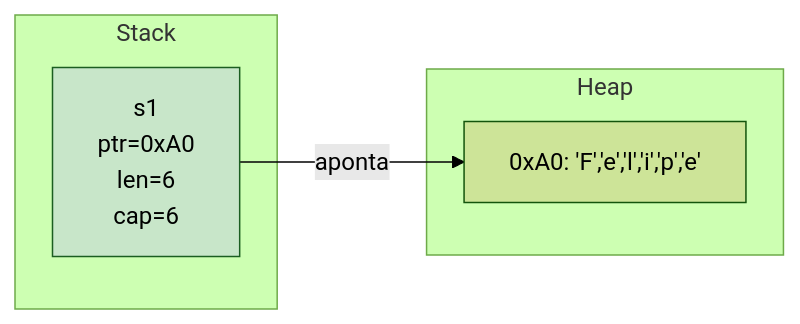
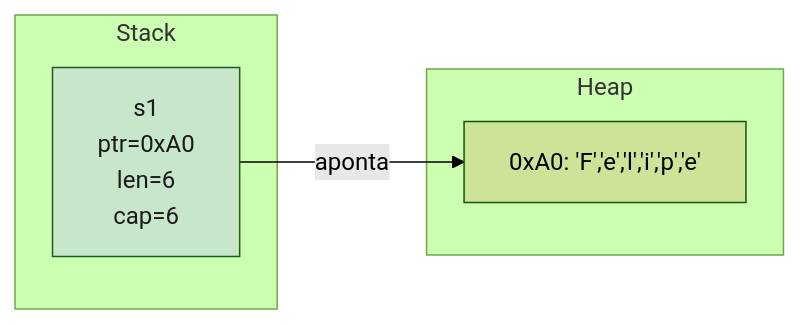
Before and after one commit to Felipeness/ferro-e-espirito: the fourth of 7 diagrams in book/part-04-ownership/ch10-ownership-regras.md, drawn with Mermaid (forest theme). The commit also changed other lines of this file and 56 other files, not shown here.

First line of the commit message:
fix: contraste de texto em diagramas mermaid

````diff
--- a/book/part-04-ownership/ch10-ownership-regras.md
+++ b/book/part-04-ownership/ch10-ownership-regras.md
@@ -393,12 +393,12 @@
 ```mermaid
 graph LR
     subgraph StackA[Stack]
         s1A["s1<br/>ptr=0xA0<br/>len=6<br/>cap=6"]
     end
     subgraph HeapA[Heap]
         h["0xA0: 'F','e','l','i','p','e'"]
     end
     s1A -->|aponta| h
 
-    style s1A fill:#c8e6c9,stroke:#1b5e20
+    style s1A fill:#c8e6c9,stroke:#1b5e20,color:#1a1a1a
 ```
````
